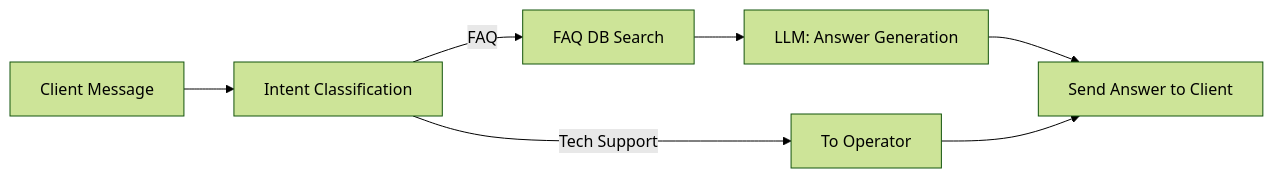
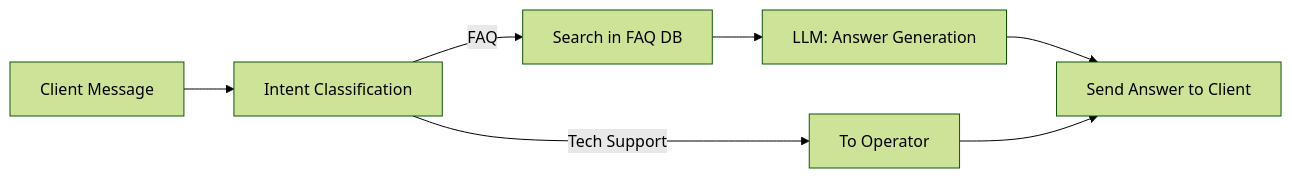
The second of 13 diagrams in cognitive-book/docs/junior/_workflows-examples-p1.mdx (all-mute/learn-agents), drawn with Mermaid (forest theme) before and after one commit. The commit also changed other lines of this file and 93 other files, not shown here.

````diff
--- a/cognitive-book/docs/junior/_workflows-examples-p1.mdx
+++ b/cognitive-book/docs/junior/_workflows-examples-p1.mdx
@@ -68,9 +68,9 @@
 ```mermaid
 flowchart LR
     Request[Client Message] --> Intent[Intent Classification]
-    Intent -->|FAQ| FAQSearch[FAQ DB Search]
+    Intent -->|FAQ| FAQSearch[Search in FAQ DB]
     Intent -->|Tech Support| Human[To Operator]
     FAQSearch --> Answer[LLM: Answer Generation]
     Answer --> Send[Send Answer to Client]
     Human --> Send
 ```
````
